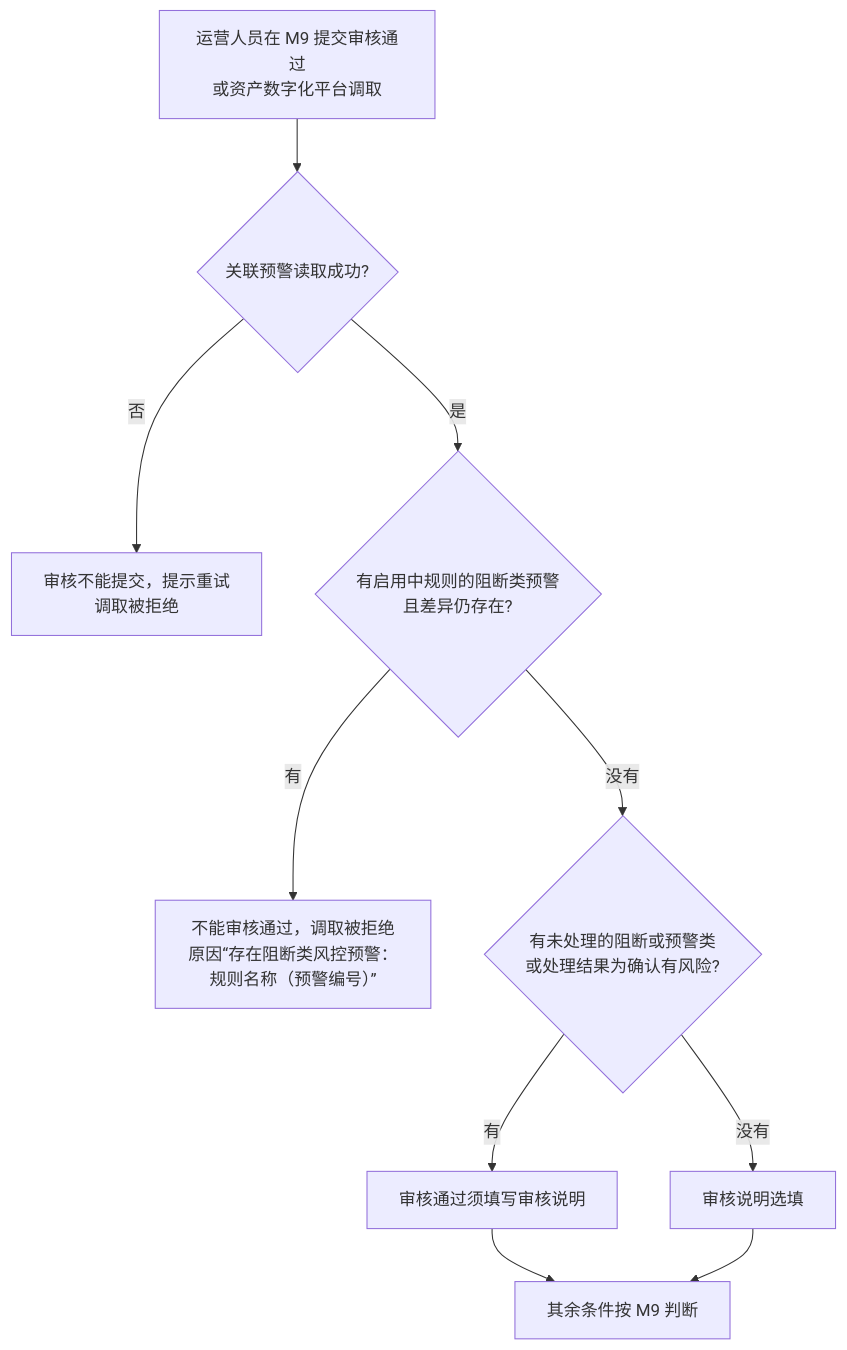
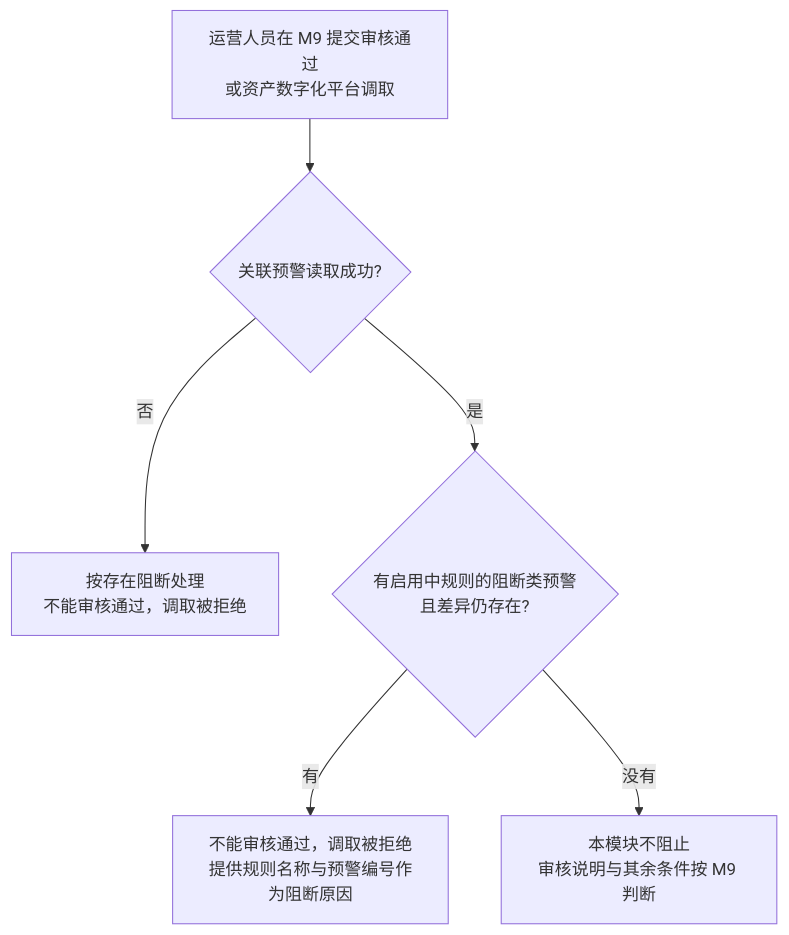
The sixth of 7 diagrams in asset-trust-platform/PRD/运营端/M8-风控预警与三方数据源/02-风控预警与三方数据源-流程图与状态机.md (wxblockchain/Chain-Financing), drawn with Mermaid before and after one commit. The commit also changed other lines of this file and 4 other files, not shown here.

````diff
--- a/asset-trust-platform/PRD/运营端/M8-风控预警与三方数据源/02-风控预警与三方数据源-流程图与状态机.md
+++ b/asset-trust-platform/PRD/运营端/M8-风控预警与三方数据源/02-风控预警与三方数据源-流程图与状态机.md
@@ -113,12 +113,8 @@
 ```mermaid
 flowchart TD
     A[运营人员在 M9 提交审核通过<br/>或资产数字化平台调取] --> B{关联预警读取成功?}
-    B -->|否| B1[审核不能提交，提示重试<br/>调取被拒绝]
+    B -->|否| B1[按存在阻断处理<br/>不能审核通过，调取被拒绝]
     B -->|是| C{有启用中规则的阻断类预警<br/>且差异仍存在?}
-    C -->|有| C1[不能审核通过，调取被拒绝<br/>原因“存在阻断类风控预警：规则名称（预警编号）”]
-    C -->|没有| D{有未处理的阻断或预警类<br/>或处理结果为确认有风险?}
-    D -->|有| E[审核通过须填写审核说明]
-    D -->|没有| F[审核说明选填]
-    E --> G[其余条件按 M9 判断]
-    F --> G
+    C -->|有| C1[不能审核通过，调取被拒绝<br/>提供规则名称与预警编号作为阻断原因]
+    C -->|没有| G[本模块不阻止<br/>审核说明与其余条件按 M9 判断]
 ```
````
